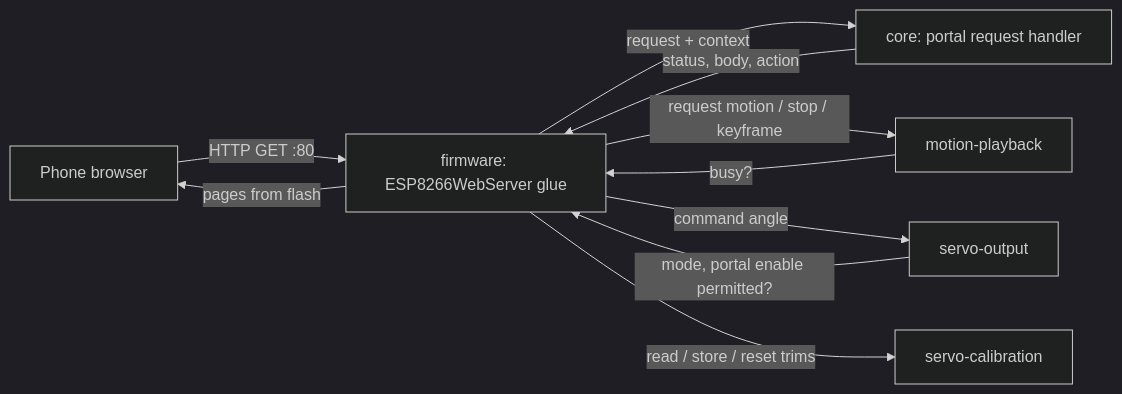
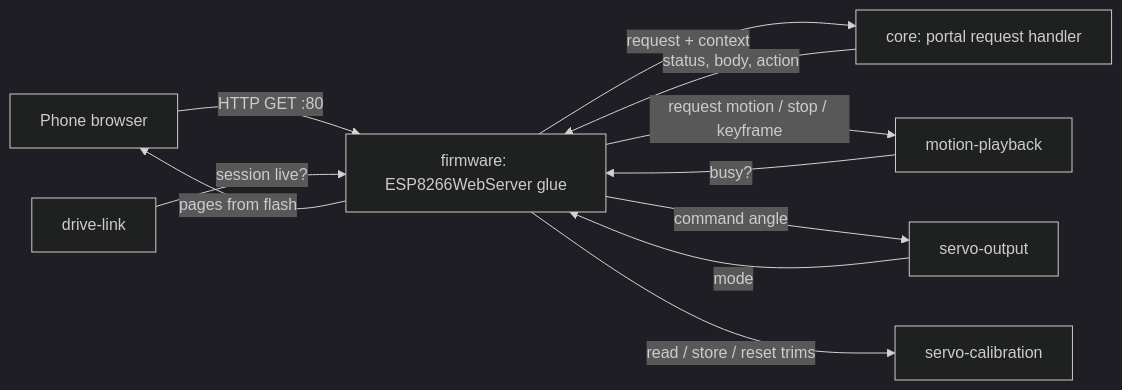
The first of 3 diagrams in openspec/changes/web-portal/design.md (blackfyre/mini-spooder), drawn with Mermaid (dark theme) before and after one commit. The commit also changed other lines of this file and 3 other files, not shown here.

First line of the commit message:
web-portal: lock the portal during a pak session; direct servo commands enable output

````diff
--- a/openspec/changes/web-portal/design.md
+++ b/openspec/changes/web-portal/design.md
@@ -55,12 +55,13 @@
 ```mermaid
 flowchart LR
   Phone["Phone browser"] -- "HTTP GET :80" --> WS["firmware: ESP8266WebServer glue"]
   WS -- "request + context" --> H["core: portal request handler"]
   H -- "status, body, action" --> WS
   WS -- "request motion / stop / keyframe" --> MP["motion-playback"]
   WS -- "command angle" --> SO["servo-output"]
   WS -- "read / store / reset trims" --> SC["servo-calibration"]
-  SO -- "mode, portal enable permitted?" --> WS
+  SO -- "mode" --> WS
+  DL["drive-link"] -- "session live?" --> WS
   MP -- "busy?" --> WS
   WS -- "pages from flash" --> Phone
 ```
````
